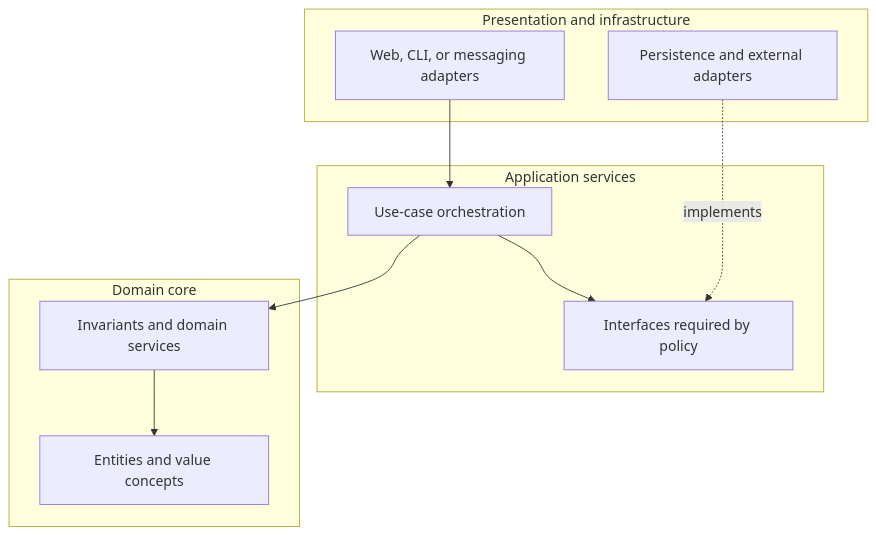
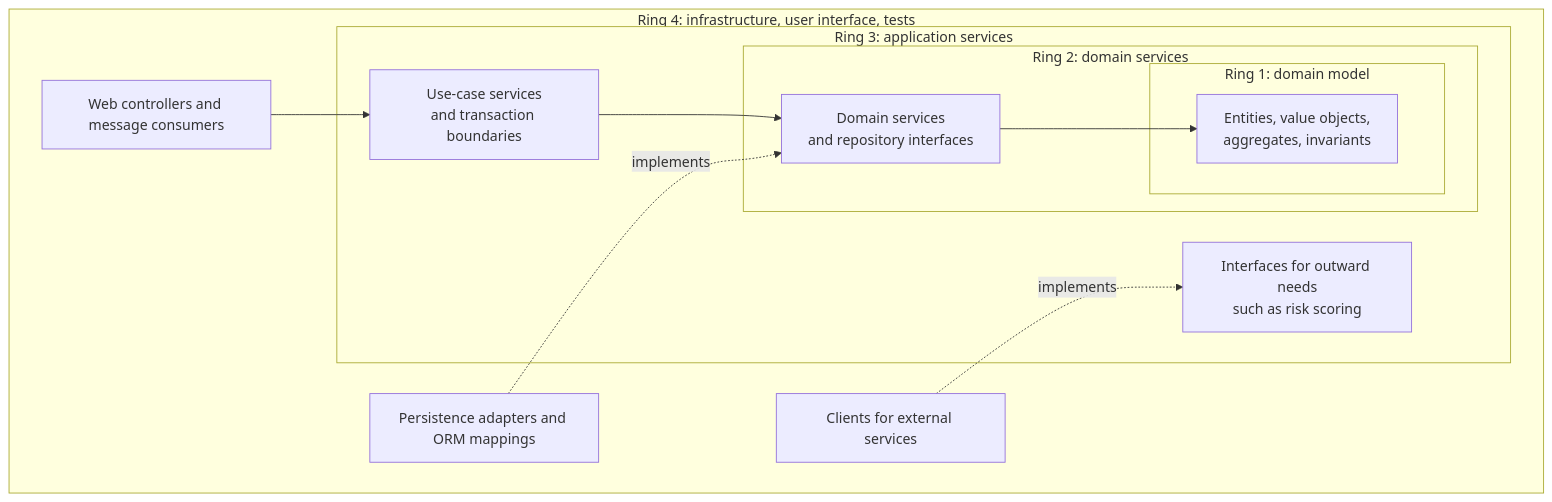
Before and after one commit to joydasss/Architect: the second of 13 diagrams in 20_Architecture_Patterns/CH04_Onion_Architecture.md, drawn with Mermaid. The commit also changed other lines of this file and 295 other files, not shown here.

````diff
--- a/20_Architecture_Patterns/CH04_Onion_Architecture.md
+++ b/20_Architecture_Patterns/CH04_Onion_Architecture.md
@@ -13,20 +81,23 @@
 ```mermaid
 flowchart TB
-    subgraph Outside[Presentation and infrastructure]
-        UI[Web, CLI, or messaging adapters]
-        Persistence[Persistence and external adapters]
+    subgraph Outer["Ring 4: infrastructure, user interface, tests"]
+        Web["Web controllers and message consumers"]
+        Persist["Persistence adapters and ORM mappings"]
+        Ext["Clients for external services"]
+        subgraph AppRing["Ring 3: application services"]
+            UseCase["Use-case services<br/>and transaction boundaries"]
+            OutPorts["Interfaces for outward needs<br/>such as risk scoring"]
+            subgraph DomSvc["Ring 2: domain services"]
+                Rules["Domain services<br/>and repository interfaces"]
+                subgraph Core["Ring 1: domain model"]
+                    Ent["Entities, value objects,<br/>aggregates, invariants"]
+                end
+            end
+        end
     end
-    subgraph Application[Application services]
-        UseCases[Use-case orchestration]
-        Ports[Interfaces required by policy]
-    end
-    subgraph Domain[Domain core]
-        Entities[Entities and value concepts]
-        Rules[Invariants and domain services]
-    end
-    UI --> UseCases
-    UseCases --> Rules
-    Rules --> Entities
-    UseCases --> Ports
-    Persistence -. implements .-> Ports
+    Web --> UseCase
+    UseCase --> Rules
+    Rules --> Ent
+    Persist -. "implements" .-> Rules
+    Ext -. "implements" .-> OutPorts
 ```
````
